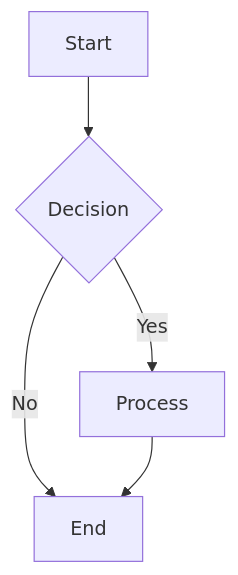
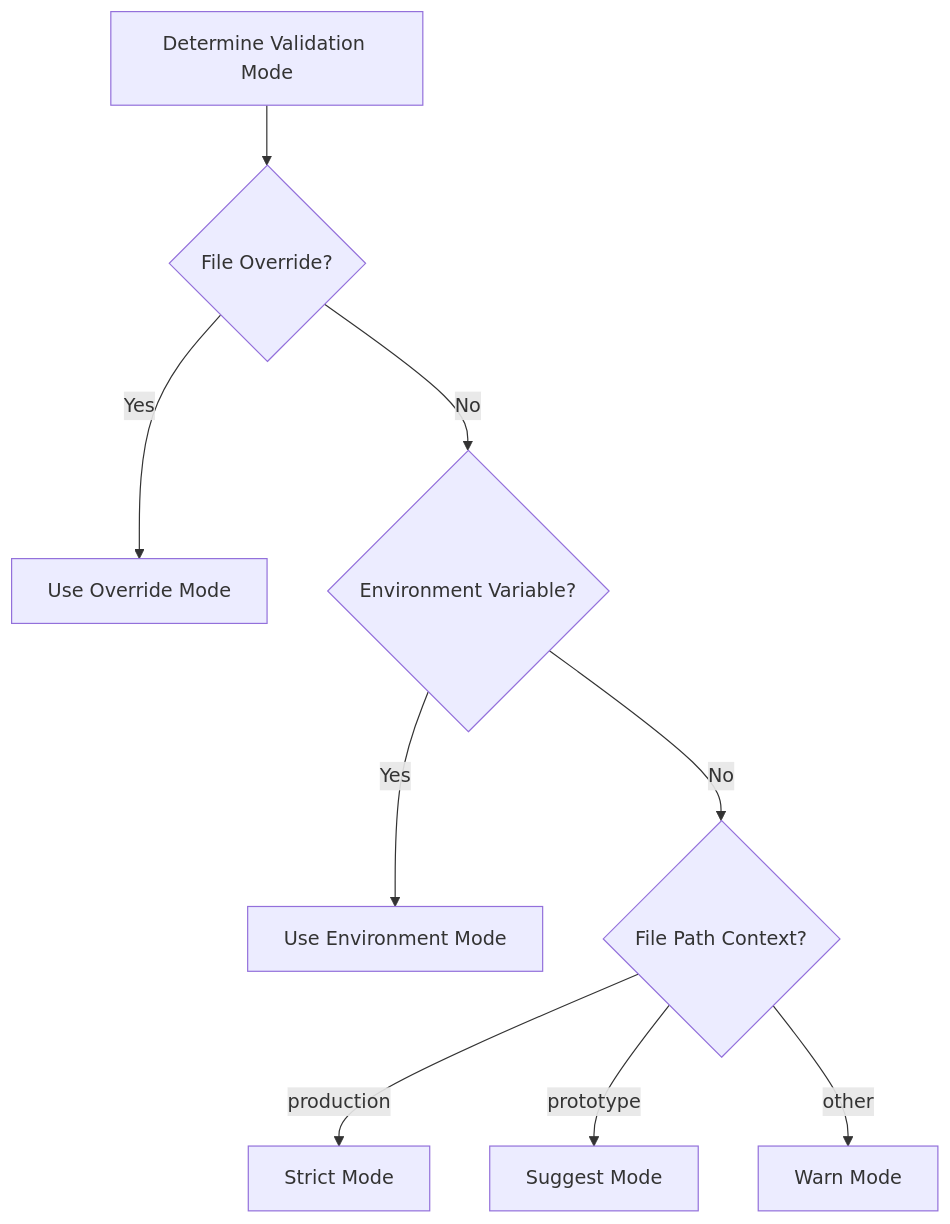
The diagram in .claude/agents/doc-writer.md (OilCoder/reservoir-simulation), drawn with Mermaid before and after one commit. The commit also changed other lines of this file and 18 other files, not shown here.

First line of the commit message:
feat: Migrate to multi-mode policy system with context-aware validation

````diff
--- a/.claude/agents/doc-writer.md
+++ b/.claude/agents/doc-writer.md
@@ -196,7 +243,11 @@
 ```mermaid
 graph TD
-    A[Start] --> B{Decision}
-    B -->|Yes| C[Process]
-    B -->|No| D[End]
-    C --> D
+    A[Determine Validation Mode] --> B{File Override?}
+    B -->|Yes| C[Use Override Mode]
+    B -->|No| D{Environment Variable?}
+    D -->|Yes| E[Use Environment Mode]
+    D -->|No| F{File Path Context?}
+    F -->|production| G[Strict Mode]
+    F -->|prototype| H[Suggest Mode]
+    F -->|other| I[Warn Mode]
 ```
````
